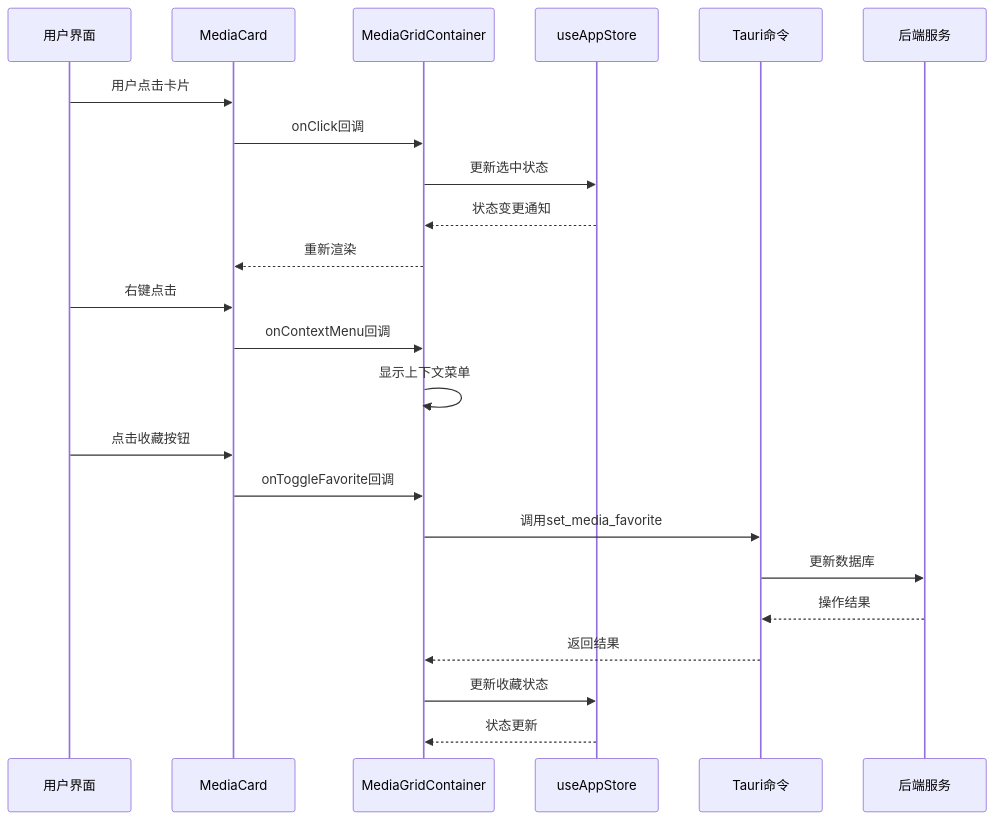
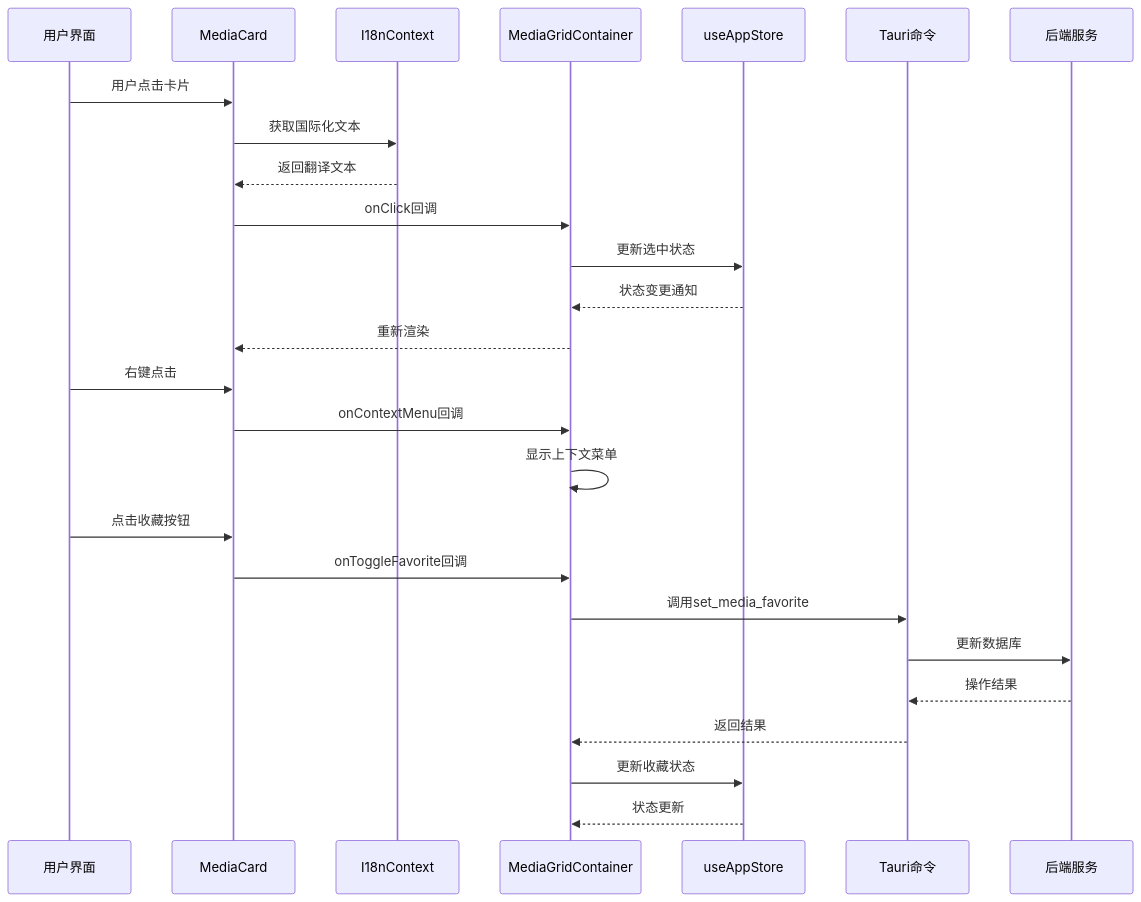
The second of 8 diagrams in repowiki/zh/content/UI 组件/核心组件/MediaCard 媒体卡片组件.md (YLee9527/Medex), drawn with Mermaid before and after one commit. The commit also changed other lines of this file and 13 other files, not shown here.

````diff
--- a/repowiki/zh/content/UI 组件/核心组件/MediaCard 媒体卡片组件.md
+++ b/repowiki/zh/content/UI 组件/核心组件/MediaCard 媒体卡片组件.md
@@ -147,25 +192,28 @@
 ```mermaid
 sequenceDiagram
 participant UI as 用户界面
 participant Card as MediaCard
+participant I18n as I18nContext
 participant Container as MediaGridContainer
 participant Store as useAppStore
 participant Tauri as Tauri命令
 participant Backend as 后端服务
 UI->>Card : 用户点击卡片
+Card->>I18n : 获取国际化文本
+I18n-->>Card : 返回翻译文本
 Card->>Container : onClick回调
 Container->>Store : 更新选中状态
 Store-->>Container : 状态变更通知
 Container-->>Card : 重新渲染
 UI->>Card : 右键点击
 Card->>Container : onContextMenu回调
 Container->>Container : 显示上下文菜单
 UI->>Card : 点击收藏按钮
 Card->>Container : onToggleFavorite回调
 Container->>Tauri : 调用set_media_favorite
 Tauri->>Backend : 更新数据库
 Backend-->>Tauri : 操作结果
 Tauri-->>Container : 返回结果
 Container->>Store : 更新收藏状态
 Store-->>Container : 状态更新
 ```
````
